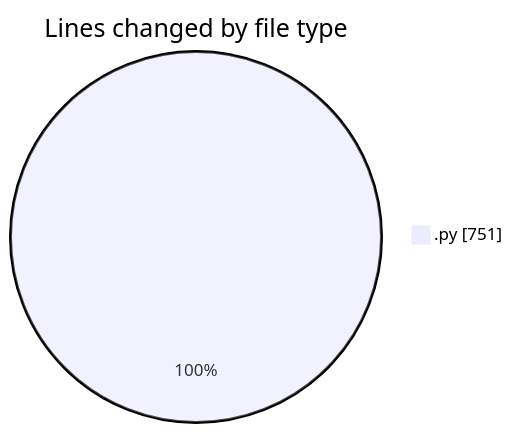
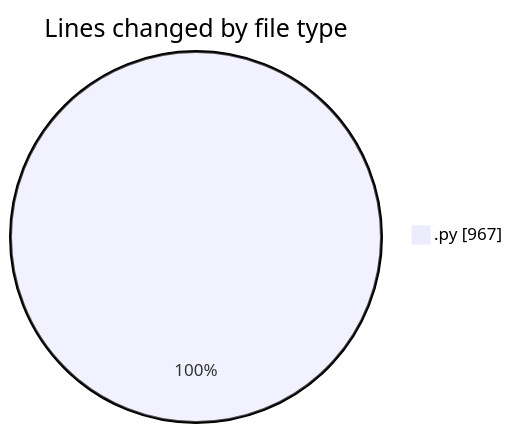
Before and after one commit to FelipKnott/code-tracking: the first of 2 diagrams in 2025-07-03/cursor/README.md, drawn with Mermaid. The commit also changed other lines of this file and 1 other file, not shown here.

````diff
--- a/2025-07-03/cursor/README.md
+++ b/2025-07-03/cursor/README.md
@@ -27,5 +27,5 @@
 ```mermaid
 pie showData
 title Lines changed by file type
-".py" : 751
+".py" : 967
 ```
````
